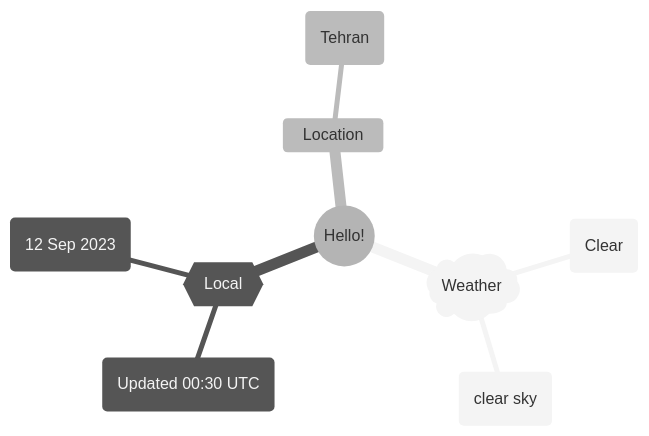
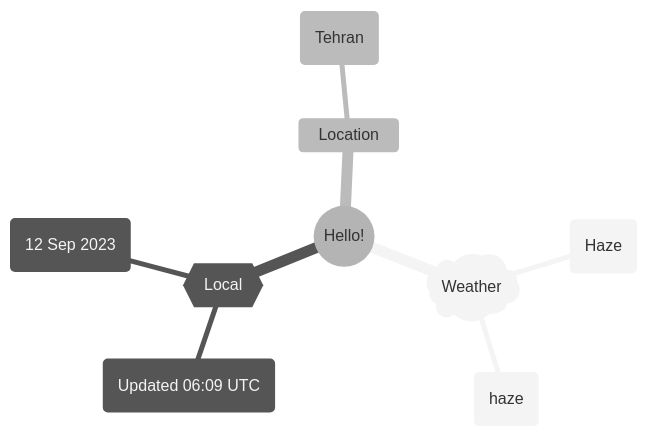
Before and after one commit to Xosrov/Xosrov: the first of 2 diagrams in README.md, drawn with Mermaid (neutral theme).

Commit message:
[bot] updated images

````diff
--- a/README.md
+++ b/README.md
@@ -3,12 +3,12 @@
 ```mermaid
 mindmap
   root((Hello!))
     )Weather(
-        (Clear)
-        (clear sky)
+        (Haze)
+        (haze)
     {{Local}}
-        (Updated 00:30 UTC)
+        (Updated 06:09 UTC)
         (12 Sep 2023)
     Location
         (Tehran)
 ```
````
